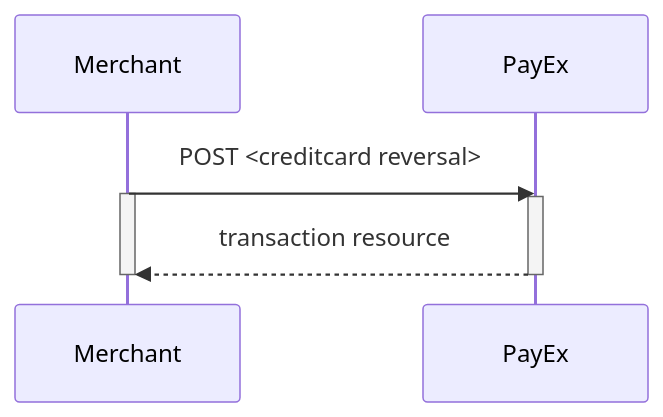
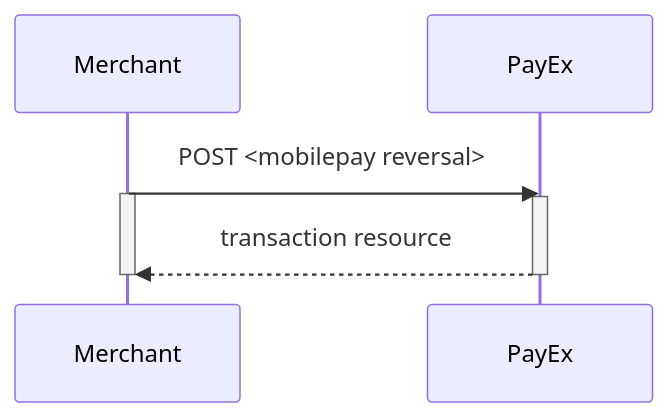
Before and after one commit to SwedbankPay/developer.swedbankpay.com: the third of 3 diagrams in payments/mobile-pay/other-features.md, drawn with Mermaid. The commit also changed other lines of this file and 3 other files, not shown here.

````diff
--- a/payments/mobile-pay/other-features.md
+++ b/payments/mobile-pay/other-features.md
@@ -565,9 +565,9 @@
 ```mermaid
 sequenceDiagram
-  Merchant->>PayEx: POST <creditcard reversal>
+  Merchant->>PayEx: POST <mobilepay reversal>
   Activate Merchant
   Activate PayEx
   PayEx-->>Merchant: transaction resource
   Deactivate PayEx
   Deactivate Merchant
 ```
````
